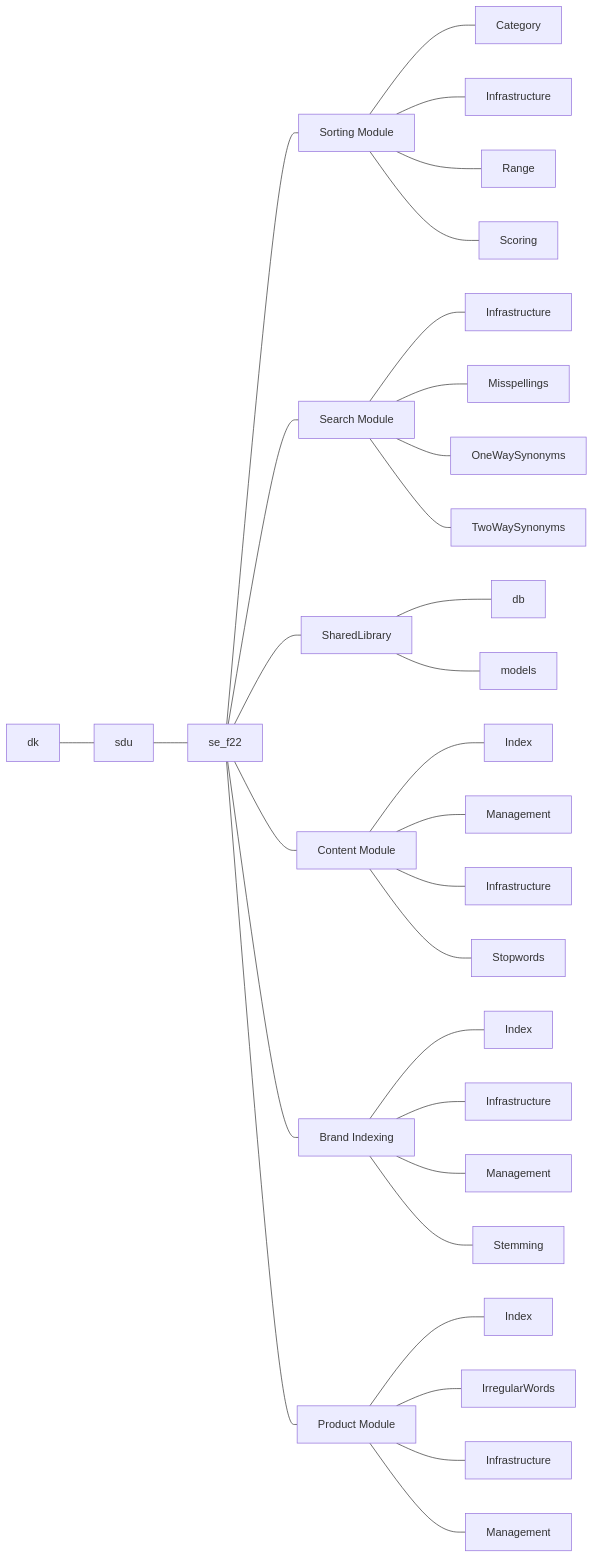
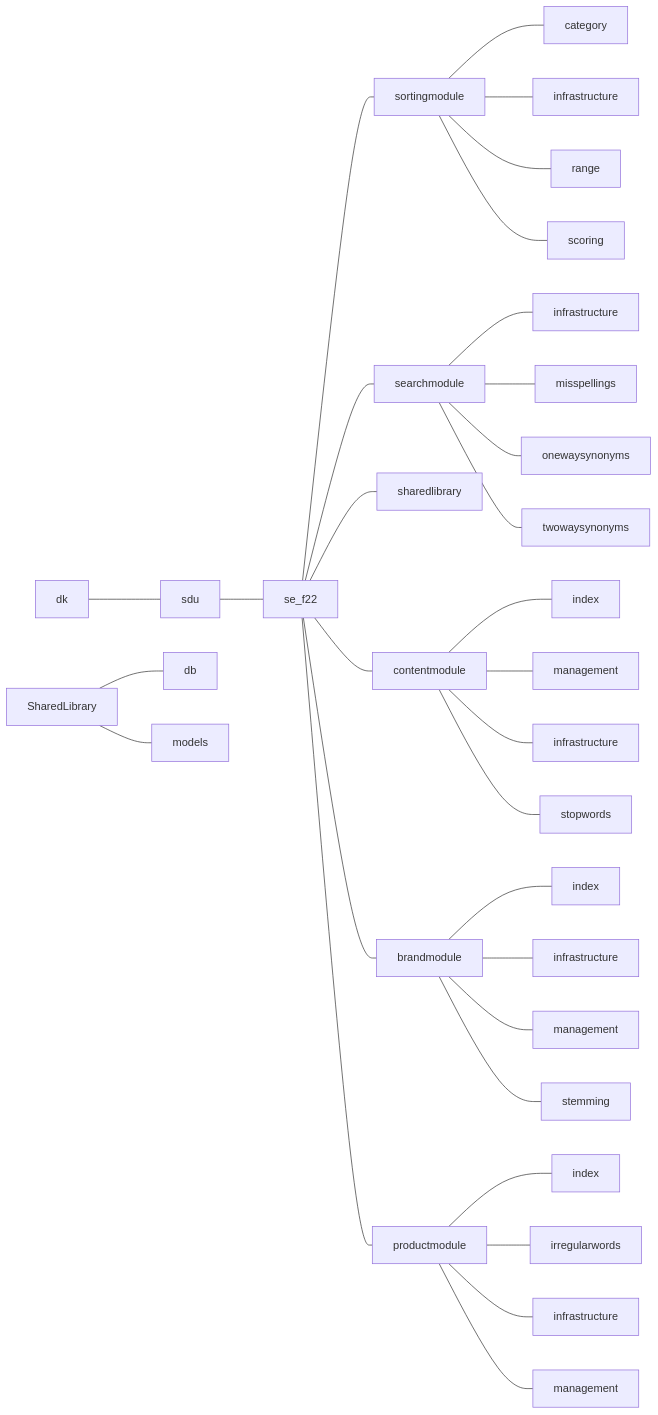
One commit to LangeHenrik/SDU-SE-F22 changed the diagram in README.md. Above: the diagram before and after it, drawn with Mermaid. The commit also changed 107 other files, not shown here.

````diff
--- a/README.md
+++ b/README.md
@@ -9,38 +9,38 @@
 ```mermaid
 flowchart LR
 dk --- sdu --- javase[se_f22]
 
-javase --- som[Sorting Module]
-som --- som_som[Category]
-som --- som_inf[Infrastructure]
-som --- Range
-som --- Scoring
+javase --- som[sortingmodule]
+som --- som_som[category]
+som --- som_inf[infrastructure]
+som --- range
+som --- scoring
 
-javase --- sem[Search Module]
-sem --- sem_inf[Infrastructure]
-sem --- Misspellings
-sem --- OneWaySynonyms
-sem --- TwoWaySynonyms
+javase --- sem[searchmodule]
+sem --- sem_inf[infrastructure]
+sem --- misspellings
+sem --- onewaysynonyms
+sem --- twowaysynonyms
 
-javase --- SharedLibrary
+javase --- sharedlibrary
 SharedLibrary --- db
 SharedLibrary --- models
 
-javase --- cms[Content Module]
-cms --- cms_ind[Index]
-cms --- cms_man[Management]
-cms --- cms_inf[Infrastructure]
-cms --- Stopwords
+javase --- cms[contentmodule]
+cms --- cms_ind[index]
+cms --- cms_man[management]
+cms --- cms_inf[infrastructure]
+cms --- stopwords
 
-javase --- bim[Brand Indexing]
-bim --- bim_ind[Index]
-bim --- bim_inf[Infrastructure]
-bim --- bim_man[Management]
-bim --- Stemming
+javase --- bim[brandmodule]
+bim --- bim_ind[index]
+bim --- bim_inf[infrastructure]
+bim --- bim_man[management]
+bim --- stemming
 
-javase --- prm[Product Module]
-prm --- prm_ind[Index]
-prm --- IrregularWords
-prm --- prm_inf[Infrastructure]
-prm --- prm_man[Management]
+javase --- prm[productmodule]
+prm --- prm_ind[index]
+prm --- irregularwords
+prm --- prm_inf[infrastructure]
+prm --- prm_man[management]
 ```
````
